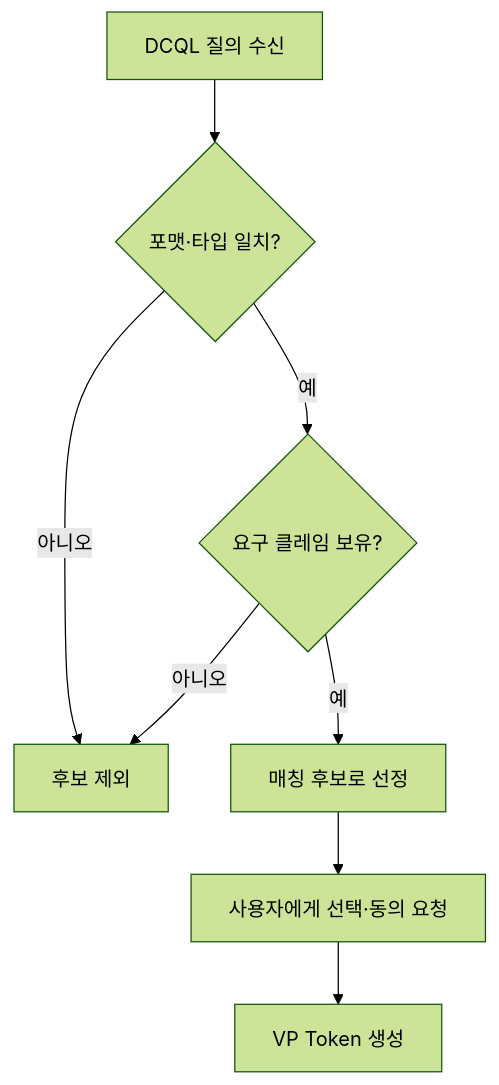
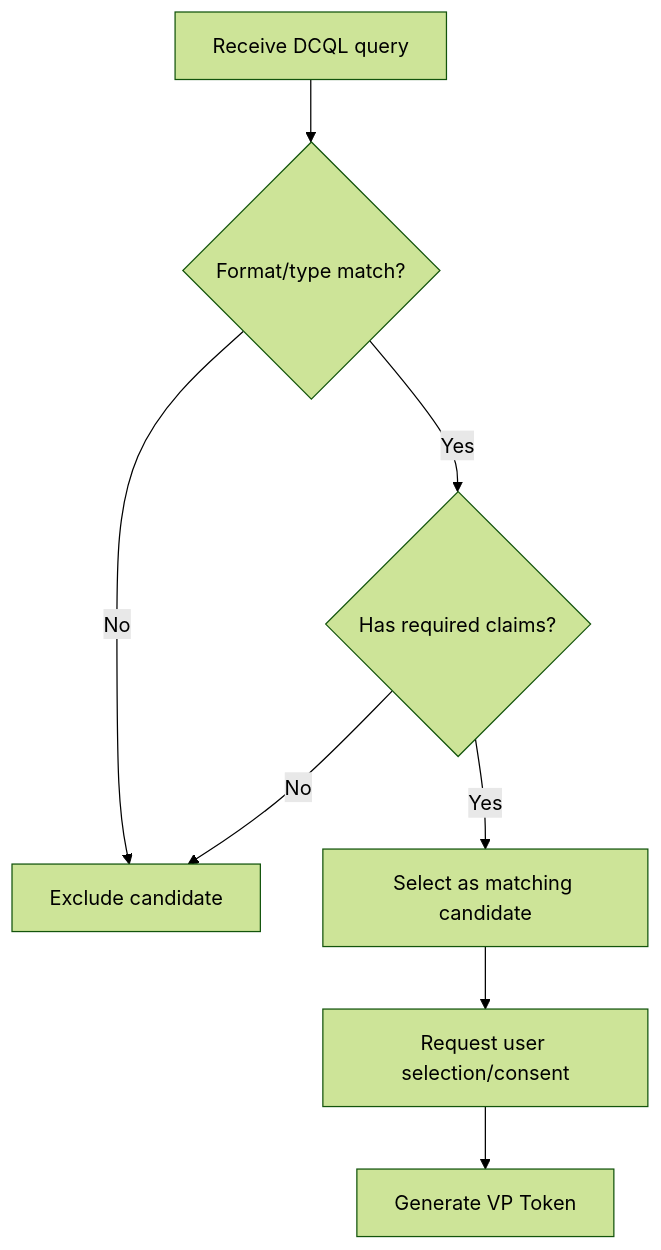
One commit to OmniOneID/poc-oid4vc changed the first of 2 diagrams in docs/concepts/oid4vp/oid4vp_dcql_and_vptoken.md. Above: the diagram before and after it, drawn with Mermaid (forest theme). The commit also changed other lines of this file and 29 other files, not shown here.

````diff
--- a/docs/concepts/oid4vp/oid4vp_dcql_and_vptoken.md
+++ b/docs/concepts/oid4vp/oid4vp_dcql_and_vptoken.md
@@ -91,10 +91,10 @@
 ```mermaid
 flowchart TB
-    Q[DCQL 질의 수신] --> F{포맷·타입 일치?}
-    F -->|아니오| X[후보 제외]
-    F -->|예| C{요구 클레임 보유?}
-    C -->|아니오| X
-    C -->|예| M[매칭 후보로 선정]
-    M --> U[사용자에게 선택·동의 요청]
-    U --> B[VP Token 생성]
+    Q[Receive DCQL query] --> F{Format/type match?}
+    F -->|No| X[Exclude candidate]
+    F -->|Yes| C{Has required claims?}
+    C -->|No| X
+    C -->|Yes| M[Select as matching candidate]
+    M --> U[Request user selection/consent]
+    U --> B[Generate VP Token]
 ```
````
